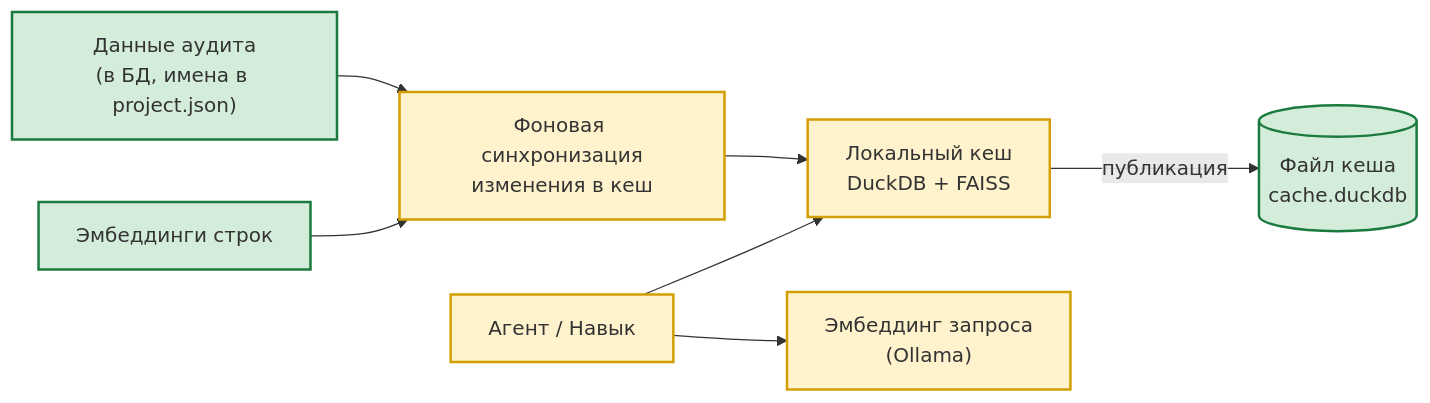
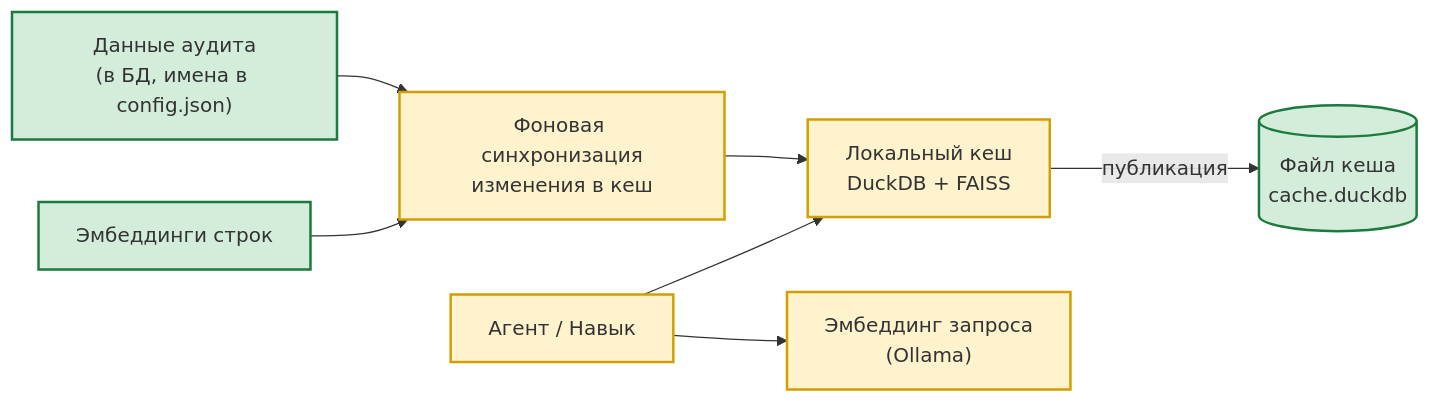
One commit to AlexEgorov85/workspaces_nanobot changed the first of 4 diagrams in docs/ARCHITECTURE.md. Above: the diagram before and after it, drawn with Mermaid. The commit also changed other lines of this file and 22 other files, not shown here.

````diff
--- a/docs/ARCHITECTURE.md
+++ b/docs/ARCHITECTURE.md
@@ -31,14 +31,14 @@
 ```mermaid
 flowchart LR
-    SRC["Данные аудита<br/>(в БД, имена в project.json)"] --> SYNC["Фоновая синхронизация<br/>изменения в кеш"]
+    SRC["Данные аудита<br/>(в БД, имена в config.json)"] --> SYNC["Фоновая синхронизация<br/>изменения в кеш"]
     VEC["Эмбеддинги строк"] --> SYNC
     SYNC --> CACHE["Локальный кеш<br/>DuckDB + FAISS"]
     CACHE -->|публикация| FILE[("Файл кеша<br/>cache.duckdb")]
     AGENT["Агент / Навык"] --> CACHE
     AGENT --> EMB["Эмбеддинг запроса<br/>(Ollama)"]
     classDef core fill:#fff3cd,stroke:#d39e00,stroke-width:2px
     classDef infra fill:#d4edda,stroke:#1b7a3d,stroke-width:2px
     class SYNC,CACHE,AGENT,EMB core
     class SRC,VEC,FILE infra
 
 ```
````
